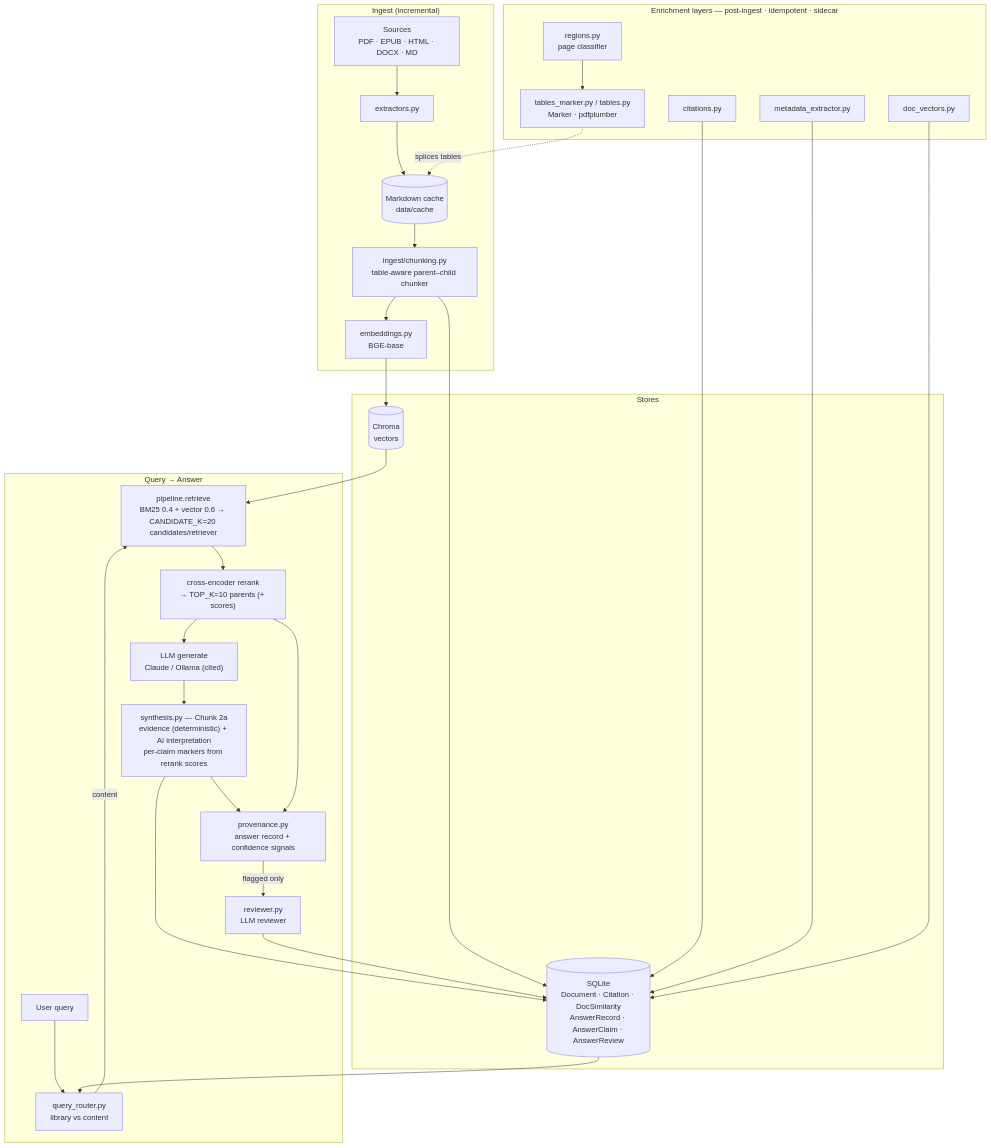
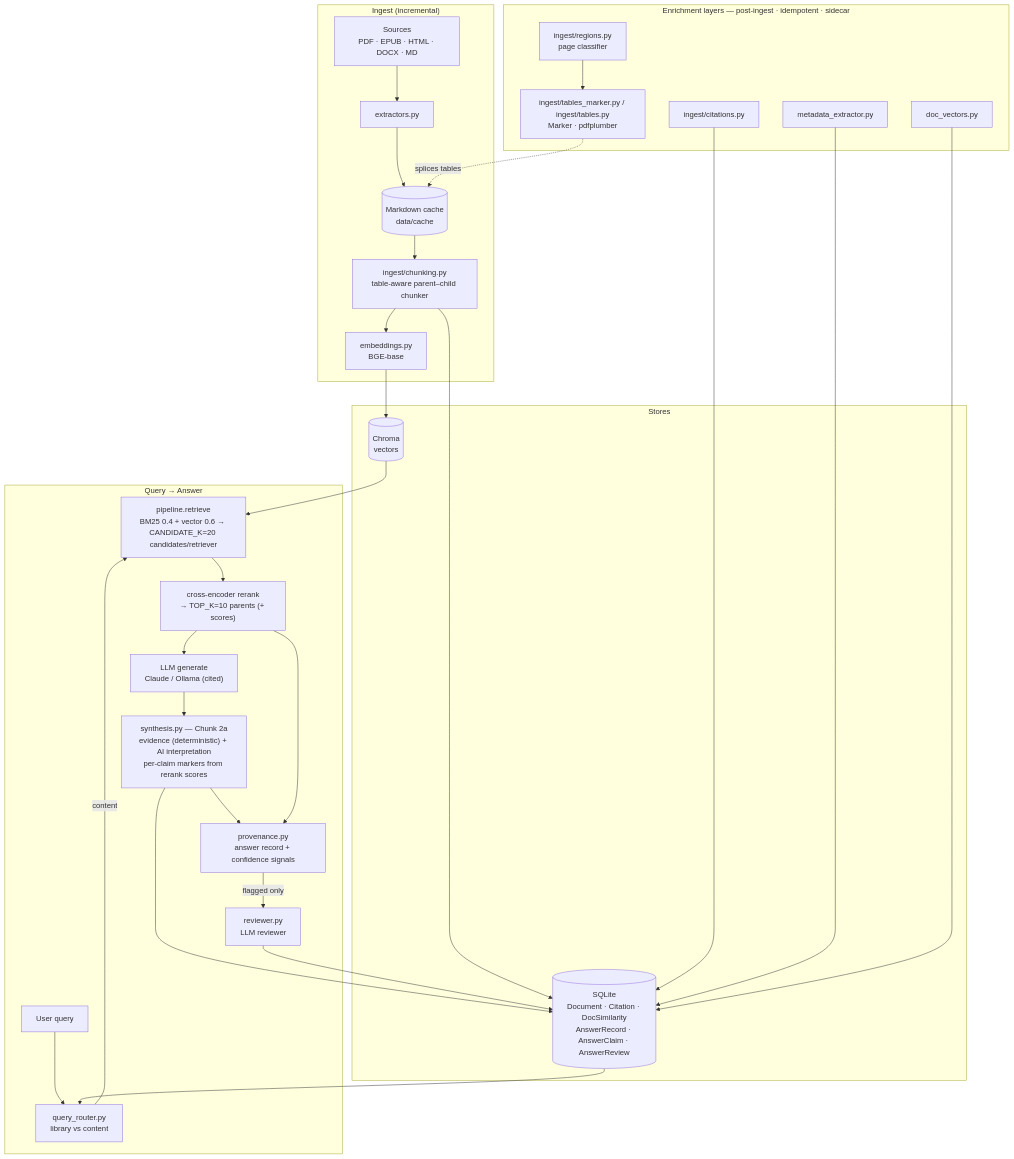
The diagram in docs/architecture.md (ldele/doc_assistant), drawn with Mermaid before and after one commit. The commit also changed other lines of this file and 11 other files, not shown here.

````diff
--- a/docs/architecture.md
+++ b/docs/architecture.md
@@ -30,43 +30,43 @@
 ```mermaid
 flowchart TD
     subgraph ING["Ingest (incremental)"]
         SRC["Sources<br/>PDF · EPUB · HTML · DOCX · MD"] --> EXT["extractors.py"]
         EXT --> CACHE[("Markdown cache<br/>data/cache")]
         CACHE --> CHUNK["ingest/chunking.py<br/>table-aware parent–child chunker"]
         CHUNK --> EMB["embeddings.py<br/>BGE-base"]
     end
 
     subgraph ENR["Enrichment layers — post-ingest · idempotent · sidecar"]
-        REG["regions.py<br/>page classifier"] --> TBL["tables_marker.py / tables.py<br/>Marker · pdfplumber"]
-        CIT["citations.py"]
+        REG["ingest/regions.py<br/>page classifier"] --> TBL["ingest/tables_marker.py / ingest/tables.py<br/>Marker · pdfplumber"]
+        CIT["ingest/citations.py"]
         MD["metadata_extractor.py"]
         DV["doc_vectors.py"]
     end
 
     subgraph ST["Stores"]
         CHROMA[("Chroma<br/>vectors")]
         SQL[("SQLite<br/>Document · Citation · DocSimilarity<br/>AnswerRecord · AnswerClaim · AnswerReview")]
     end
 
     subgraph QRY["Query → Answer"]
         Q["User query"] --> ROUTE["query_router.py<br/>library vs content"]
         ROUTE -->|content| RET["pipeline.retrieve<br/>BM25 0.4 + vector 0.6 → CANDIDATE_K=20 candidates/retriever"]
         RET --> RR["cross-encoder rerank<br/>→ TOP_K=10 parents (+ scores)"]
         RR --> GEN["LLM generate<br/>Claude / Ollama (cited)"]
         GEN --> SYN["synthesis.py — Chunk 2a<br/>evidence (deterministic) + AI interpretation<br/>per-claim markers from rerank scores"]
         SYN --> PROV["provenance.py<br/>answer record + confidence signals"]
         PROV -->|flagged only| REV["reviewer.py<br/>LLM reviewer"]
     end
 
     EMB --> CHROMA
     CHUNK --> SQL
     CIT --> SQL
     MD --> SQL
     DV --> SQL
     TBL -. splices tables .-> CACHE
     CHROMA --> RET
     SQL --> ROUTE
     RR --> PROV
     SYN --> SQL
     REV --> SQL
 ```
````
